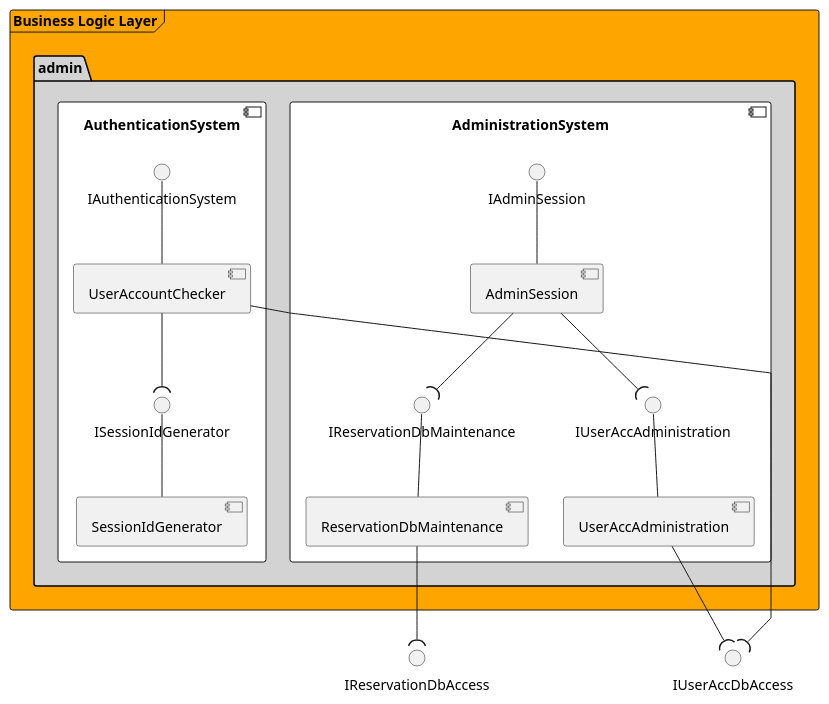
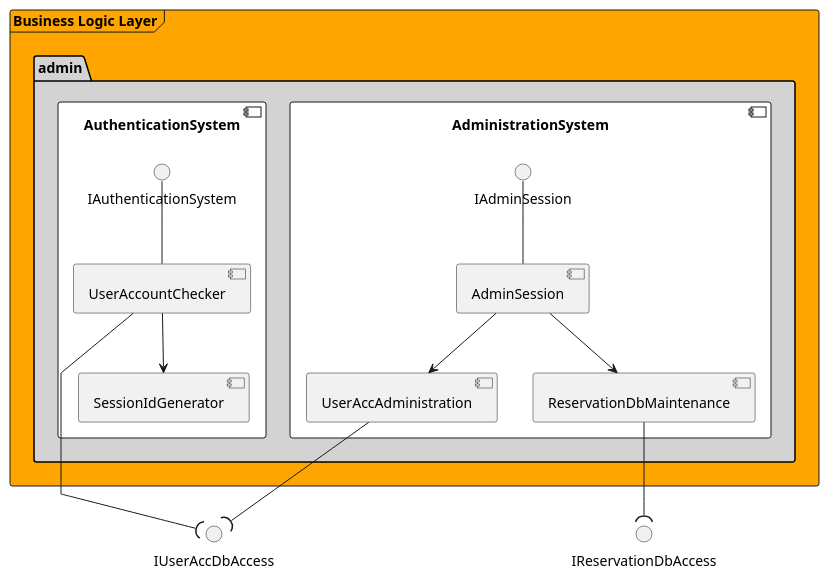
The diagram in docs/uml/architecture/admin.puml (BBKbeam/mtRooms), drawn with PlantUML before and after one commit. The commit also changed 11 other files, not shown here.

Commit message:
[uml] Updates and cleanup on component diagrams.

```diff
--- a/docs/uml/architecture/admin.puml
+++ b/docs/uml/architecture/admin.puml
@@ -1,40 +1,40 @@
 @startuml
 
 'skinparam linetype ortho
 skinparam linetype polyline
 'skinparam monochrome true
 
 skinparam package {
     backgroundColor lightgrey
 }
 
 
     frame "Business Logic Layer" #orange {
         package "admin" {
             component AdministrationSystem #white {
                 IAdminSession -- [AdminSession]
-                IUserAccAdministration -- [UserAccAdministration]
-                IReservationDbMaintenance -- [ReservationDbMaintenance]
+                [UserAccAdministration]
+                [ReservationDbMaintenance]
 
-                AdminSession --( IUserAccAdministration
-                AdminSession --( IReservationDbMaintenance
+                AdminSession --> UserAccAdministration
+                AdminSession --> ReservationDbMaintenance
             }
 
             component AuthenticationSystem #white {
                 IAuthenticationSystem -- [UserAccountChecker]
-                ISessionIdGenerator -- [SessionIdGenerator]
+                [SessionIdGenerator]
 
-                UserAccountChecker --( ISessionIdGenerator
+                UserAccountChecker --> SessionIdGenerator
             }
         }
     }
 
     '##------------------------------##
     '## Business Logic to Data Layer ##
     '##------------------------------##
     IUserAccDbAccess )-- UserAccountChecker
 
     UserAccAdministration --( IUserAccDbAccess
     ReservationDbMaintenance --( IReservationDbAccess
 
 @enduml
```
